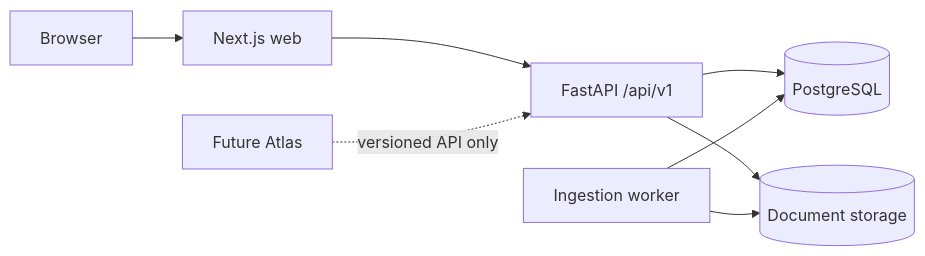
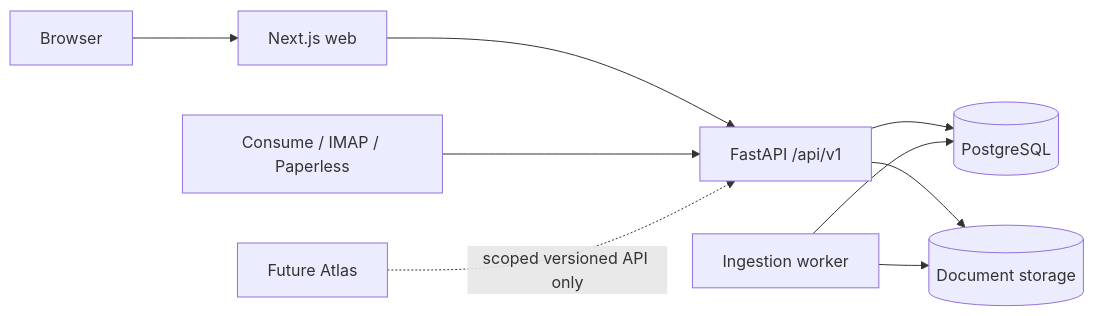
Before and after one commit to maxsmolka/private-document-intelligence: the first of 3 diagrams in docs/ARCHITECTURE.md, drawn with Mermaid. The commit also changed other lines of this file and 15 other files, not shown here.

````diff
--- a/docs/ARCHITECTURE.md
+++ b/docs/ARCHITECTURE.md
@@ -13,10 +13,11 @@
 ```mermaid
 flowchart LR
     U["Browser"] --> W["Next.js web"]
     W --> A["FastAPI /api/v1"]
     A --> P[("PostgreSQL")]
     A --> S[("Document storage")]
     Q["Ingestion worker"] --> P
     Q --> S
-    X["Future Atlas"] -. "versioned API only" .-> A
+    C["Consume / IMAP / Paperless"] --> A
+    X["Future Atlas"] -. "scoped versioned API only" .-> A
 ```
````
